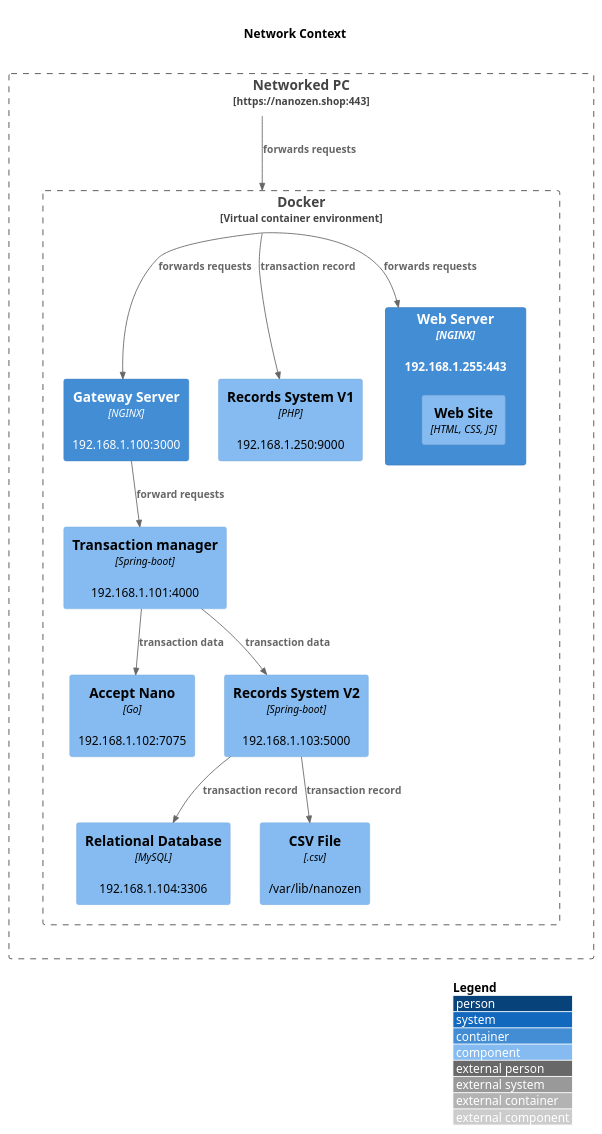
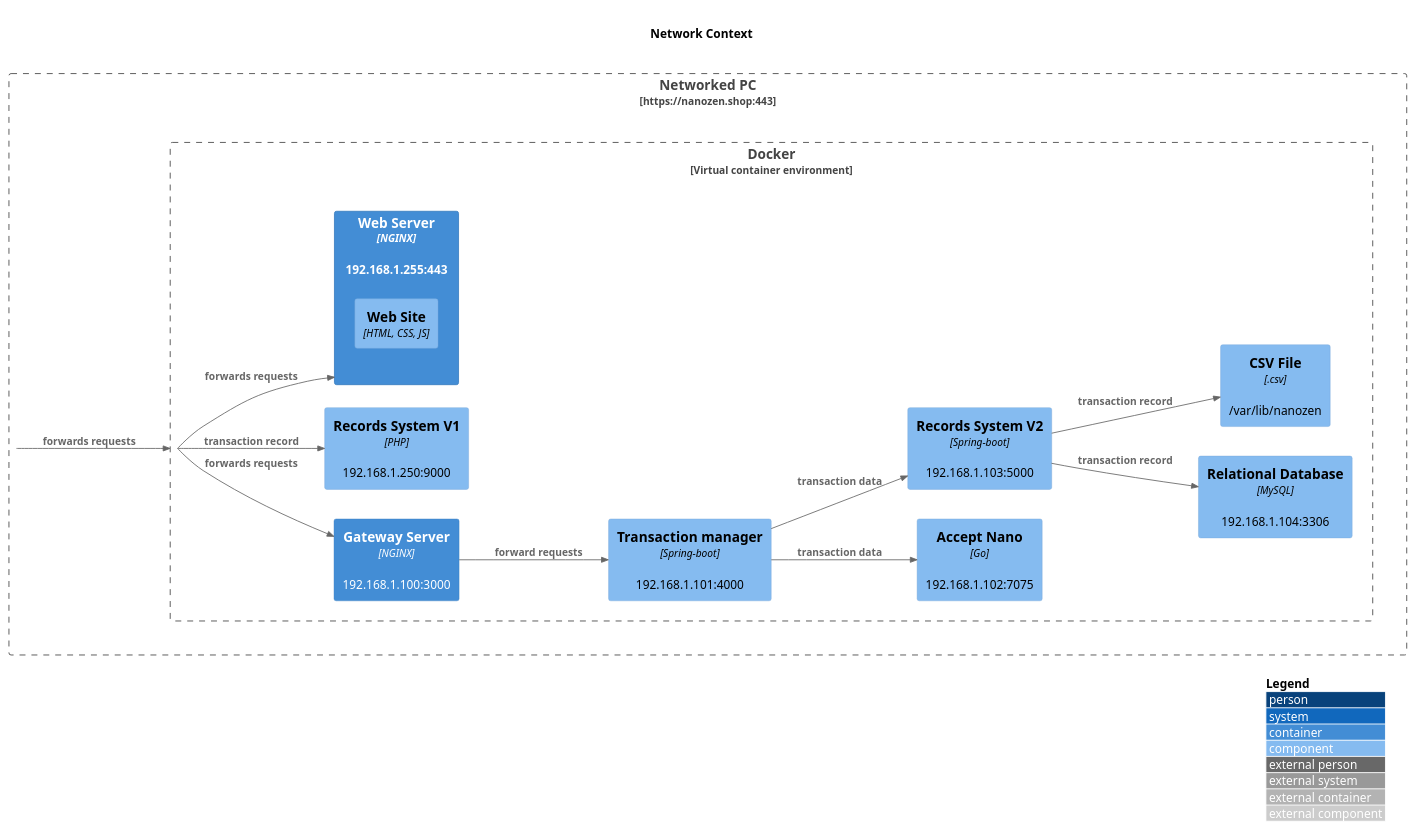
Before and after one commit to BarryFoye/models: the diagram in src/network.puml, drawn with PlantUML.

Commit message:
fixed layout a bit

```diff
--- a/src/network.puml
+++ b/src/network.puml
@@ -1,28 +1,29 @@
 @startuml "Network Context"
 !include https://raw.githubusercontent.com/plantuml-stdlib/C4-PlantUML/master/C4_Component.puml
 title "\n**Network Context**\n"
 LAYOUT_WITH_LEGEND()
+LAYOUT_LEFT_RIGHT()
 Boundary(pc, "Networked PC", "https://nanozen.shop:443"){
     Boundary(dkr, "Docker", "Virtual container environment"){    
         Container(srv, "Web Server", "NGINX", "192.168.1.255:443"){
             Component(web, "Web Site", "HTML, CSS, JS")
         }        
         Container(gtwy, "Gateway Server", "NGINX", "192.168.1.100:3000")
         Component(trsact, "Transaction manager", "Spring-boot", "192.168.1.101:4000")
         Component(rcrdsv1, "Records System V1", "PHP", "192.168.1.250:9000")
         Component(accnano, "Accept Nano", "Go", "192.168.1.102:7075")
         Component(rcrdsv2, "Records System V2", "Spring-boot", "192.168.1.103:5000")
         Component(sql, "Relational Database", "MySQL", "192.168.1.104:3306")
         Component(csv, "CSV File", ".csv", "/var/lib/nanozen")        
     }
 }
 Rel(pc, dkr, "forwards requests")
 Rel(dkr, gtwy, "forwards requests")
 Rel(dkr, srv, "forwards requests")
 Rel(trsact, rcrdsv2, "transaction data")
 Rel(trsact, accnano, "transaction data")
 Rel(gtwy, trsact, "forward requests")
 Rel(rcrdsv2, sql, "transaction record")
 Rel(rcrdsv2, csv, "transaction record")
 Rel(dkr, rcrdsv1, "transaction record")
 @enduml
```
